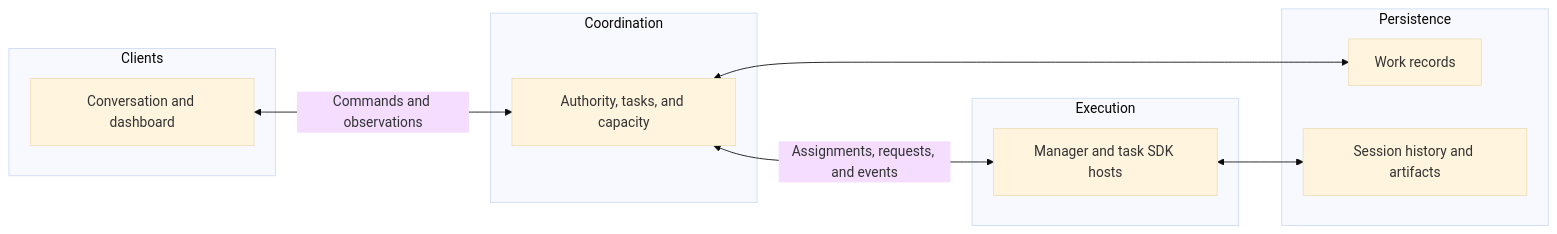
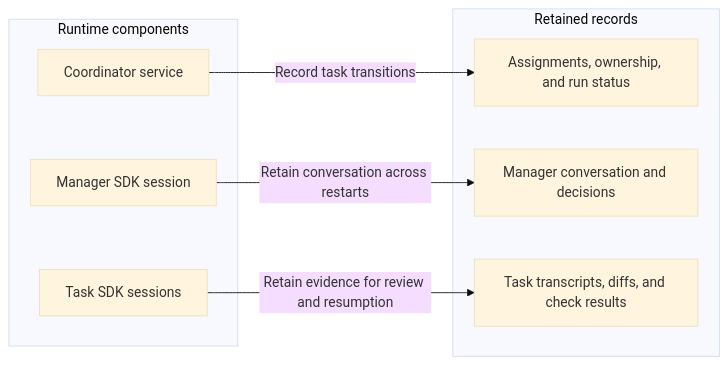
Before and after one commit to dataclique/metagenda: the second of 6 diagrams in SPEC.md, drawn with Mermaid (base theme). The commit also changed other lines of this file, not shown here.

Commit message:
illustrate concrete interfaces and human review paths

````diff
--- a/SPEC.md
+++ b/SPEC.md
@@ -77,20 +108,16 @@
 ```mermaid
 flowchart LR
-    subgraph Clients[Clients]
-        UI[Conversation and dashboard]
+    subgraph Runtime[Runtime components]
+        Coordinator[Coordinator service]
+        Manager[Manager SDK session]
+        Workers[Task SDK sessions]
     end
-    subgraph Coordination[Coordination]
-        Control[Authority, tasks, and capacity]
+    subgraph Records[Retained records]
+        WorkState[Assignments, ownership, and run status]
+        Memory[Manager conversation and decisions]
+        Evidence[Task transcripts, diffs, and check results]
     end
-    subgraph Execution[Execution]
-        Sessions[Manager and task SDK hosts]
-    end
-    subgraph Persistence[Persistence]
-        WorkState[Work records]
-        Evidence[Session history and artifacts]
-    end
-    UI <-->|Commands and observations| Control
-    Control <-->|Assignments, requests, and events| Sessions
-    Control <--> WorkState
-    Sessions <--> Evidence
+    Coordinator -->|Record task transitions| WorkState
+    Manager -->|Retain conversation across restarts| Memory
+    Workers -->|Retain evidence for review and resumption| Evidence
 ```
````
